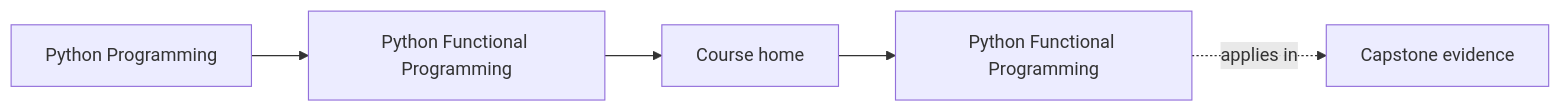
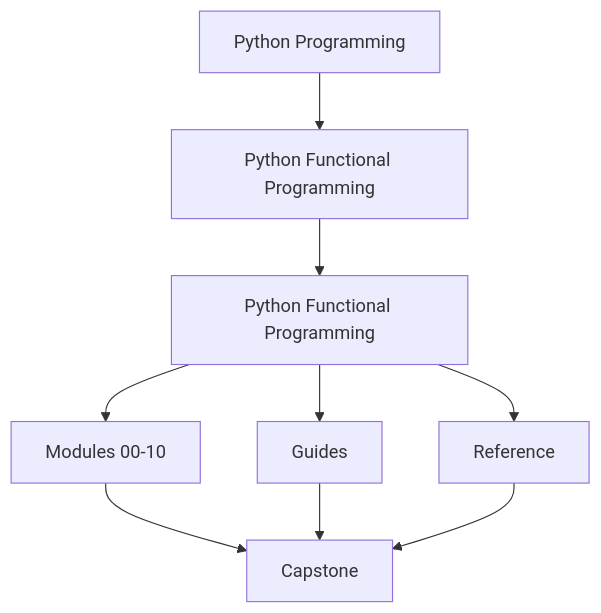
Before and after one commit to bijux/bijux-masterclass: the first of 2 diagrams in programs/python-programming/python-functional-programming/course-book/index.md, drawn with Mermaid. The commit also changed other lines of this file and 3 other files, not shown here.

Commit message:
docs(python-functional-programming): reframe course-book entry diagrams

````diff
--- a/programs/python-programming/python-functional-programming/course-book/index.md
+++ b/programs/python-programming/python-functional-programming/course-book/index.md
@@ -7,11 +7,11 @@
 ```mermaid
-graph LR
-  family["Python Programming"]
-  program["Python Functional Programming"]
-  section["Course home"]
-  page["Python Functional Programming"]
-  capstone["Capstone evidence"]
-
-  family --> program --> section --> page
-  page -.applies in.-> capstone
+flowchart TD
+  family["Python Programming"] --> program["Python Functional Programming"]
+  program --> home["Python Functional Programming"]
+  home --> modules["Modules 00-10"]
+  home --> guides["Guides"]
+  home --> reference["Reference"]
+  modules --> capstone["Capstone"]
+  guides --> capstone
+  reference --> capstone
 ```
````
